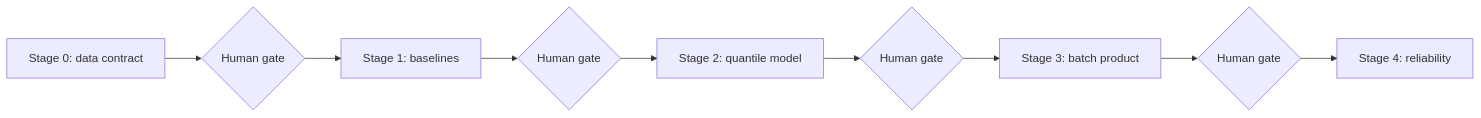
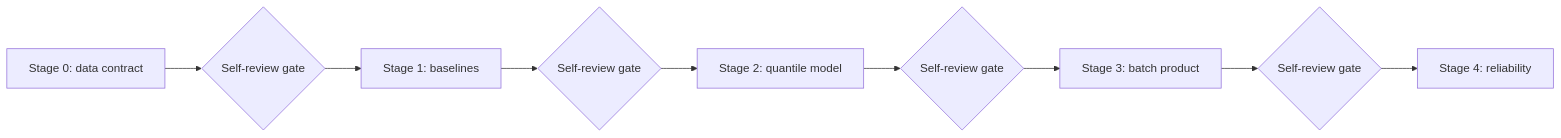
Before and after one commit to Therockycloud/mighty-raccoon-career-system: the second of 2 diagrams in 03_DEMANDCAST_CURSOR_CODEX_BLUEPRINT.md, drawn with Mermaid. The commit also changed other lines of this file and 12 other files, not shown here.

First line of the commit message:
Enable GOAL_DELIVERY so agents ship end-to-end without mid-flight human review.

````diff
--- a/03_DEMANDCAST_CURSOR_CODEX_BLUEPRINT.md
+++ b/03_DEMANDCAST_CURSOR_CODEX_BLUEPRINT.md
@@ -98,11 +103,11 @@
 ```mermaid
 flowchart LR
-    S0["Stage 0: data contract"] --> G0{"Human gate"}
+    S0["Stage 0: data contract"] --> G0{"Self-review gate"}
     G0 --> S1["Stage 1: baselines"]
-    S1 --> G1{"Human gate"}
+    S1 --> G1{"Self-review gate"}
     G1 --> S2["Stage 2: quantile model"]
-    S2 --> G2{"Human gate"}
+    S2 --> G2{"Self-review gate"}
     G2 --> S3["Stage 3: batch product"]
-    S3 --> G3{"Human gate"}
+    S3 --> G3{"Self-review gate"}
     G3 --> S4["Stage 4: reliability"]
 ```
````
